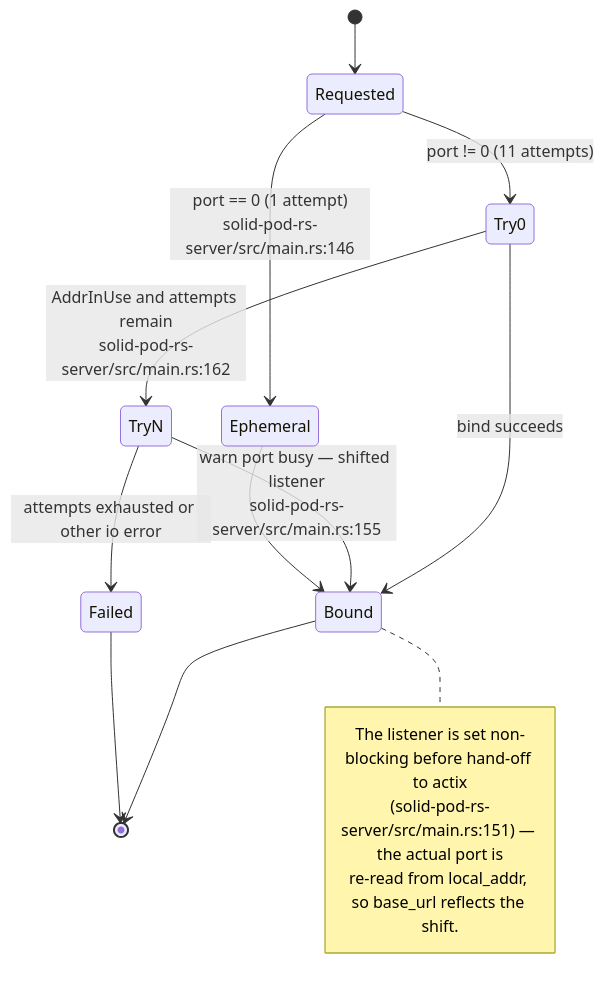
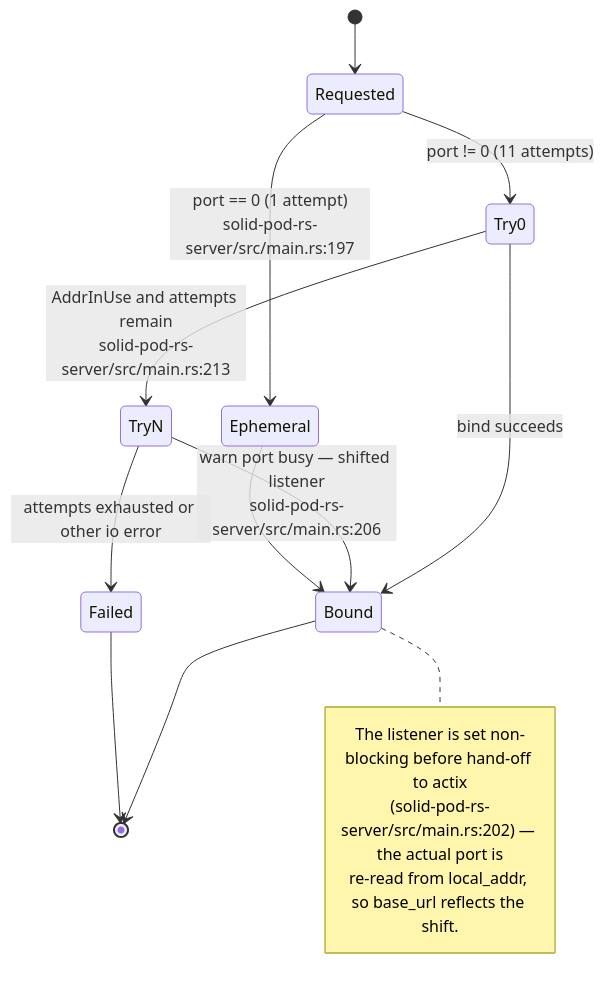
Before and after one commit to DreamLab-AI/VisionFlow: the sixth of 11 diagrams in docs/diagrams/solid-pod-rs/02-server-boot-and-routes.md, drawn with Mermaid. The commit also changed other lines of this file and 160 other files, not shown here.

````diff
--- a/docs/diagrams/solid-pod-rs/02-server-boot-and-routes.md
+++ b/docs/diagrams/solid-pod-rs/02-server-boot-and-routes.md
@@ -161,18 +175,18 @@
 ```mermaid
 stateDiagram-v2
     [*] --> Requested
-    Requested --> Ephemeral: port == 0 (1 attempt)<br/>solid-pod-rs-server/src/main.rs:146
+    Requested --> Ephemeral: port == 0 (1 attempt)<br/>solid-pod-rs-server/src/main.rs:197
     Requested --> Try0: port != 0 (11 attempts)
     Try0 --> Bound: bind succeeds
-    Try0 --> TryN: AddrInUse and attempts remain<br/>solid-pod-rs-server/src/main.rs:162
-    TryN --> Bound: warn port busy — shifted listener<br/>solid-pod-rs-server/src/main.rs:155
+    Try0 --> TryN: AddrInUse and attempts remain<br/>solid-pod-rs-server/src/main.rs:213
+    TryN --> Bound: warn port busy — shifted listener<br/>solid-pod-rs-server/src/main.rs:206
     TryN --> Failed: attempts exhausted or other io error
     Ephemeral --> Bound
     Bound --> [*]
     Failed --> [*]
     note right of Bound
       The listener is set non-blocking before hand-off to actix
-      (solid-pod-rs-server/src/main.rs:151) — the actual port is
+      (solid-pod-rs-server/src/main.rs:202) — the actual port is
       re-read from local_addr, so base_url reflects the shift.
     end note
 ```
````
